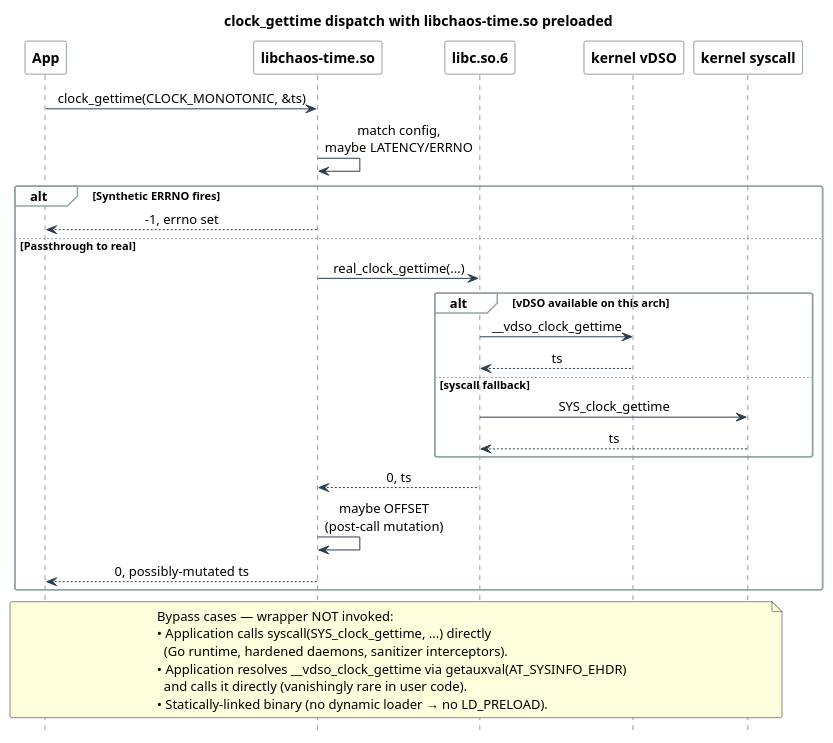
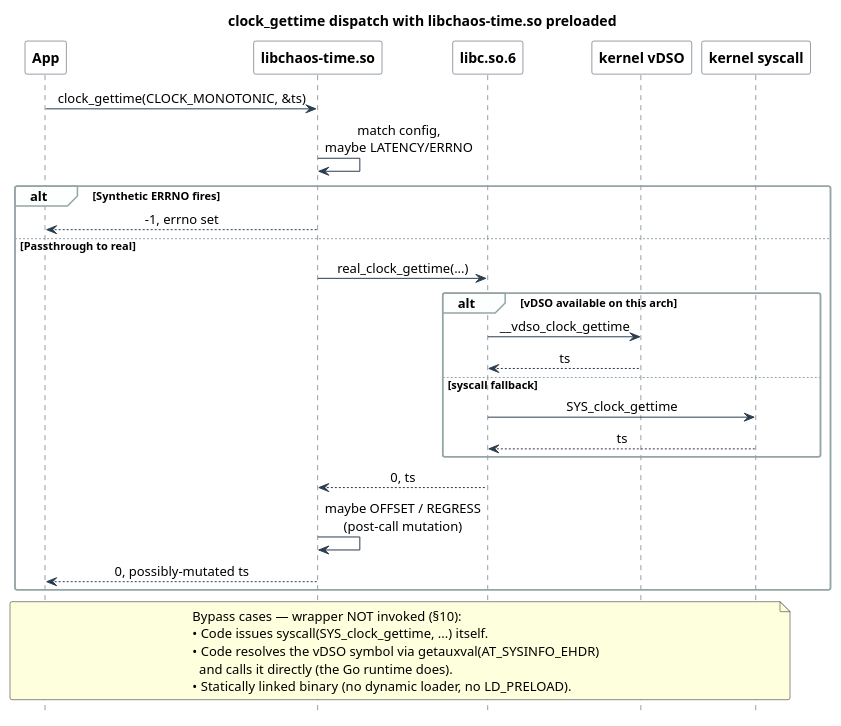
Before and after one commit to macstab/macstab-chaos-testing-libraries: the diagram in docs/TIME.md, drawn with PlantUML. The commit also changed other lines of this file and 7 other files, not shown here.

````diff
--- a/docs/TIME.md
+++ b/docs/TIME.md
@@ -181,55 +144,54 @@
 ```plantuml
 @startuml vdso
 title clock_gettime dispatch with libchaos-time.so preloaded
 
 skinparam sequenceMessageAlign center
 skinparam shadowing false
 skinparam roundCorner 4
 skinparam sequence {
   ArrowColor                 #2C3E50
   LifeLineBorderColor        #2C3E50
   LifeLineBackgroundColor    #ECF0F1
   ParticipantBorderColor     #2C3E50
   ParticipantBackgroundColor #FFFFFF
   ParticipantFontStyle       bold
   GroupBackgroundColor       #FDFEFE
   GroupBorderColor           #95A5A6
 }
 hide footbox
 
 participant App
 participant "libchaos-time.so" as Wrapper
 participant "libc.so.6"        as Glibc
 participant "kernel vDSO"      as Vdso
 participant "kernel syscall"   as Kernel
 
 App     ->  Wrapper : clock_gettime(CLOCK_MONOTONIC, &ts)
 Wrapper ->  Wrapper : match config,\nmaybe LATENCY/ERRNO
 
 alt Synthetic ERRNO fires
     Wrapper --> App : -1, errno set
 else Passthrough to real
     Wrapper ->  Glibc  : real_clock_gettime(...)
     alt vDSO available on this arch
         Glibc -> Vdso   : __vdso_clock_gettime
         Vdso  --> Glibc : ts
     else syscall fallback
         Glibc -> Kernel : SYS_clock_gettime
         Kernel --> Glibc: ts
     end
     Glibc   --> Wrapper : 0, ts
-    Wrapper ->  Wrapper : maybe OFFSET\n(post-call mutation)
+    Wrapper ->  Wrapper : maybe OFFSET / REGRESS\n(post-call mutation)
     Wrapper --> App     : 0, possibly-mutated ts
 end
 
 note across
-  Bypass cases — wrapper NOT invoked:
-  • Application calls syscall(SYS_clock_gettime, ...) directly
-    (Go runtime, hardened daemons, sanitizer interceptors).
-  • Application resolves __vdso_clock_gettime via getauxval(AT_SYSINFO_EHDR)
-    and calls it directly (vanishingly rare in user code).
-  • Statically-linked binary (no dynamic loader → no LD_PRELOAD).
+  Bypass cases — wrapper NOT invoked (§10):
+  • Code issues syscall(SYS_clock_gettime, ...) itself.
+  • Code resolves the vDSO symbol via getauxval(AT_SYSINFO_EHDR)
+    and calls it directly (the Go runtime does).
+  • Statically linked binary (no dynamic loader, no LD_PRELOAD).
 end note
 
 @enduml
 ```
````
